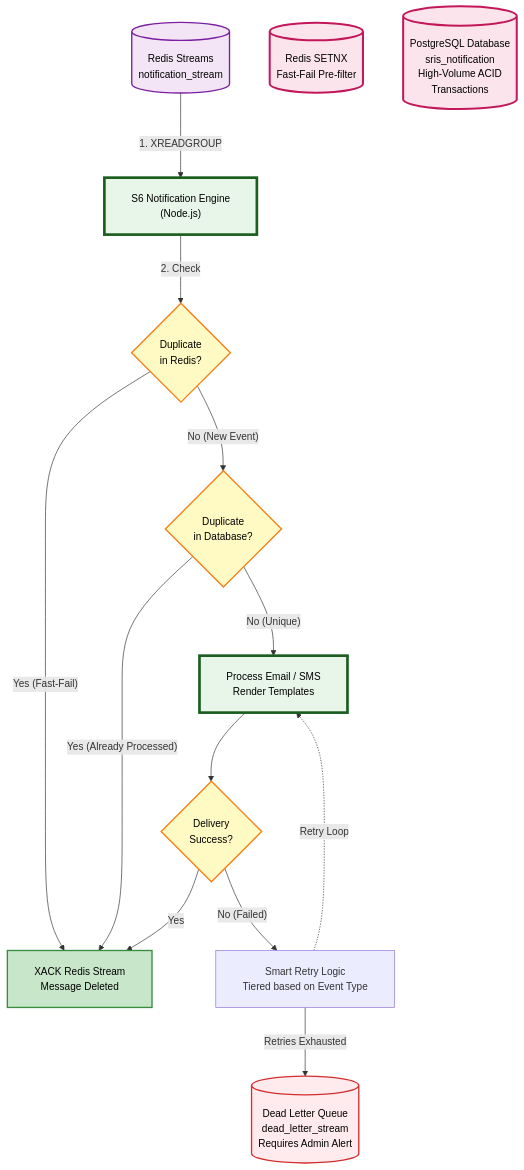
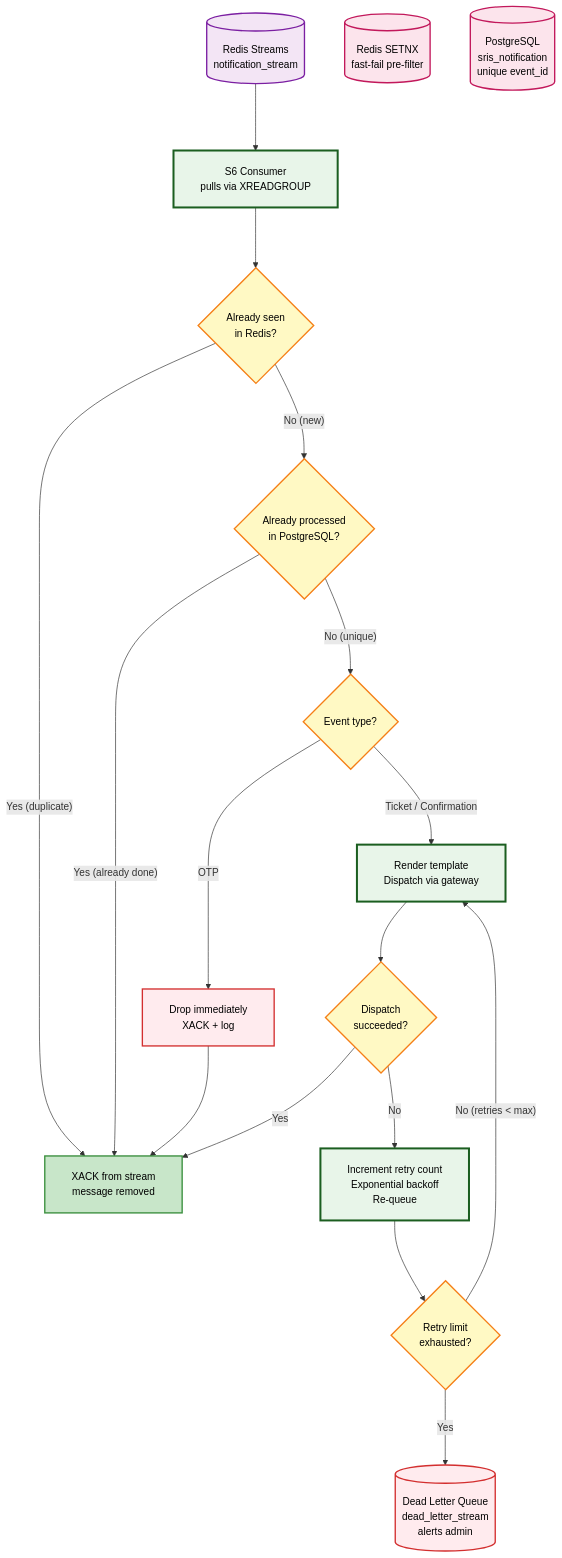
The fifth of 8 diagrams in docs/phase-1-foundation/wave-2-architecture/SRIS-P1-ARCH-009_ServiceInteractionAndCommunicationDesign.md (koushaljhacs/sris), drawn with Mermaid before and after one commit. The commit also changed other lines of this file, not shown here.

````diff
--- a/docs/phase-1-foundation/wave-2-architecture/SRIS-P1-ARCH-009_ServiceInteractionAndCommunicationDesign.md
+++ b/docs/phase-1-foundation/wave-2-architecture/SRIS-P1-ARCH-009_ServiceInteractionAndCommunicationDesign.md
@@ -446,58 +586,56 @@
 ```mermaid
 %%{init: {
   "flowchart": {
     "nodeSpacing": 60,
-    "rankSpacing": 80,
+    "rankSpacing": 90,
     "padding": 20,
     "curve": "basis",
     "htmlLabels": true
   },
   "themeVariables": {
     "fontSize": "15px",
     "fontFamily": "Segoe UI, Arial, sans-serif"
   }
 }}%%
 flowchart TD
-    %% Styling
     classDef stream fill:#F3E5F5,stroke:#7B1FA2,stroke-width:2px,color:#000;
-    classDef engine fill:#E8F5E9,stroke:#1B5E20,stroke-width:4px,color:#000;
-    classDef db fill:#FCE4EC,stroke:#C2185B,stroke-width:3px,color:#000;
+    classDef engine fill:#E8F5E9,stroke:#1B5E20,stroke-width:3px,color:#000;
+    classDef db fill:#FCE4EC,stroke:#C2185B,stroke-width:2px,color:#000;
     classDef decision fill:#FFF9C4,stroke:#F57F17,stroke-width:2px,color:#000;
     classDef fail fill:#FFEBEE,stroke:#D32F2F,stroke-width:2px,color:#000;
     classDef success fill:#C8E6C9,stroke:#388E3C,stroke-width:2px,color:#000;
 
-    %% Nodes
     Stream[("Redis Streams<br/>notification_stream")]:::stream
-    S6["S6 Notification Engine<br/>(Node.js)"]:::engine
-    
-    RedisDB[("Redis SETNX<br/>Fast-Fail Pre-filter")]:::db
-    PostgresDB[("PostgreSQL Database<br/>sris_notification<br/>High-Volume ACID<br/>Transactions")]:::db
-    
-    DLQ[("Dead Letter Queue<br/>dead_letter_stream<br/>Requires Admin Alert")]:::fail
-    
-    CheckRedis{"Duplicate<br/>in Redis?"}:::decision
-    CheckDB{"Duplicate<br/>in Database?"}:::decision
-    CheckSuccess{"Delivery<br/>Success?"}:::decision
-    
-    Process["Process Email / SMS<br/>Render Templates"]:::engine
-    XACK["XACK Redis Stream<br/>Message Deleted"]:::success
-    Retry["Smart Retry Logic<br/>Tiered based on Event Type"]:::process
+    RedisCache[("Redis SETNX<br/>fast-fail pre-filter")]:::db
+    PostgresDB[("PostgreSQL<br/>sris_notification<br/>unique event_id")]:::db
+    DLQ[("Dead Letter Queue<br/>dead_letter_stream<br/>alerts admin")]:::fail
 
-    %% Flow
-    Stream -->|"1. XREADGROUP"| S6
-    S6 -->|"2. Check"| CheckRedis
-    
-    CheckRedis -->|"Yes (Fast-Fail)"| XACK
-    CheckRedis -->|"No (New Event)"| CheckDB
-    
-    CheckDB -->|"Yes (Already Processed)"| XACK
-    CheckDB -->|"No (Unique)"| Process
-    
-    Process --> CheckSuccess
-    
-    CheckSuccess -->|"Yes"| XACK
-    CheckSuccess -->|"No (Failed)"| Retry
-    
-    Retry -->|"Retries Exhausted"| DLQ
-    Retry -.->|"Retry Loop"| Process
+    Start["S6 Consumer<br/>pulls via XREADGROUP"]:::engine
+    CheckRedis{"Already seen<br/>in Redis?"}:::decision
+    CheckDB{"Already processed<br/>in PostgreSQL?"}:::decision
+    CheckType{"Event type?"}:::decision
+    DropOTP["Drop immediately<br/>XACK + log"]:::fail
+    Render["Render template<br/>Dispatch via gateway"]:::engine
+    Success{"Dispatch<br/>succeeded?"}:::decision
+    XACK["XACK from stream<br/>message removed"]:::success
+    Retry["Increment retry count<br/>Exponential backoff<br/>Re-queue"]:::engine
+    CheckLimit{"Retry limit<br/>exhausted?"}:::decision
+
+    Stream --> Start
+    Start --> CheckRedis
+    CheckRedis -->|"Yes (duplicate)"| XACK
+    CheckRedis -->|"No (new)"| CheckDB
+    CheckDB -->|"Yes (already done)"| XACK
+    CheckDB -->|"No (unique)"| CheckType
+
+    CheckType -->|"OTP"| DropOTP
+    CheckType -->|"Ticket / Confirmation"| Render
+    DropOTP --> XACK
+
+    Render --> Success
+    Success -->|"Yes"| XACK
+    Success -->|"No"| Retry
+    Retry --> CheckLimit
+    CheckLimit -->|"No (retries < max)"| Render
+    CheckLimit -->|"Yes"| DLQ
 ```
````
